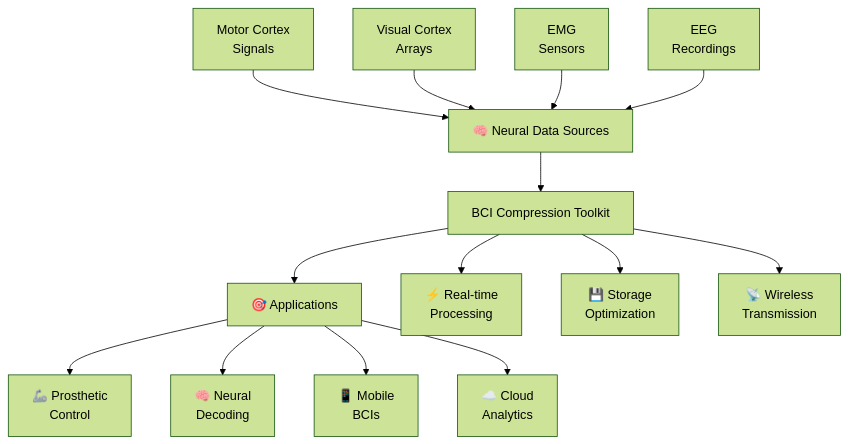
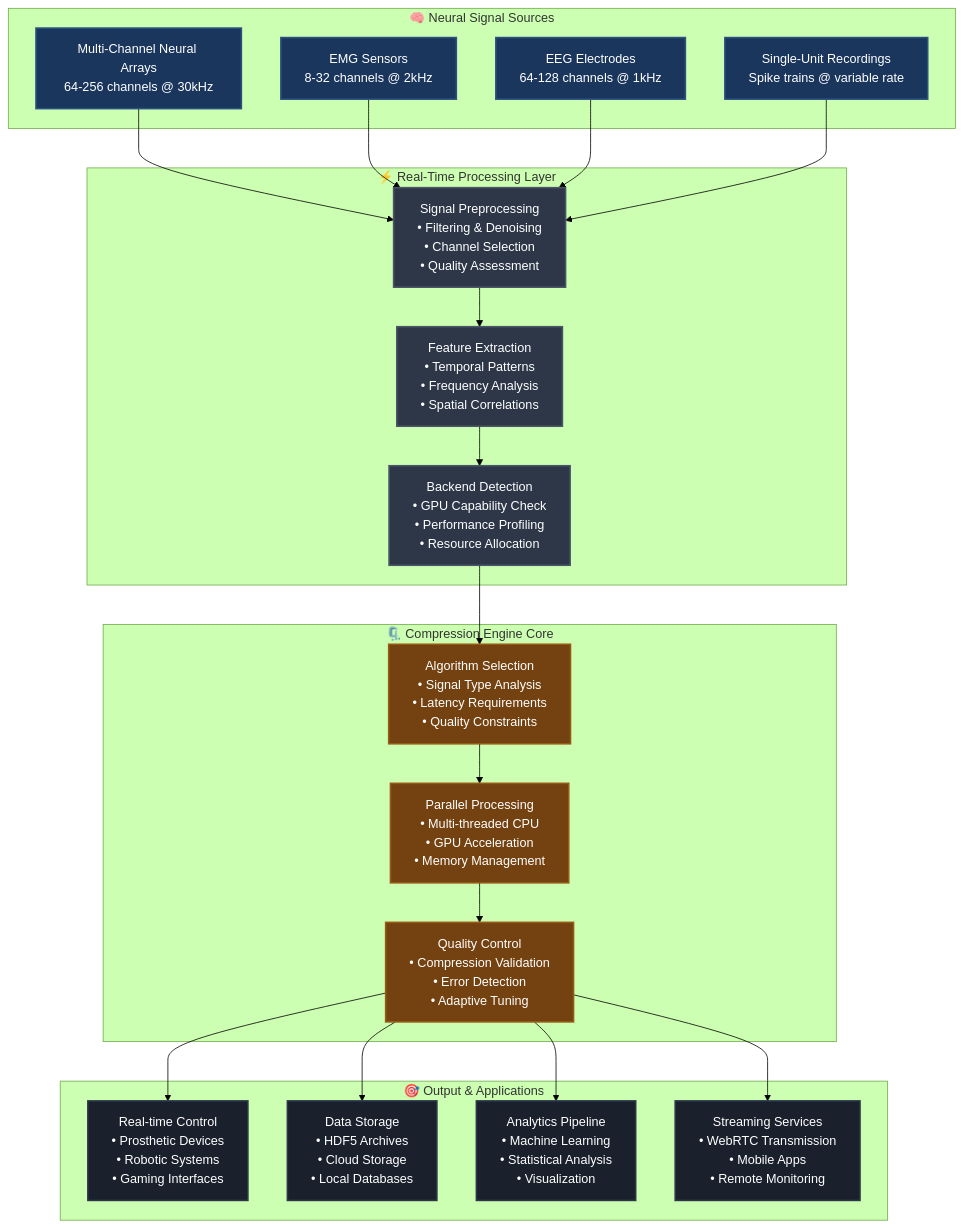
Before and after one commit to hkevin01/brain-computer-compression: the second of 12 diagrams in README.md, drawn with Mermaid (forest theme). The commit also changed other lines of this file and 73 other files, not shown here.

````diff
--- a/README.md
+++ b/README.md
@@ -32,19 +103,55 @@
 ```mermaid
-graph TD
-    A[🧠 Neural Data Sources] --> B[BCI Compression Toolkit]
-    B --> C[🎯 Applications]
+graph TB
+    subgraph "🧠 Neural Signal Sources"
+        N1[Multi-Channel Neural Arrays<br/>64-256 channels @ 30kHz]
+        N2[EMG Sensors<br/>8-32 channels @ 2kHz]
+        N3[EEG Electrodes<br/>64-128 channels @ 1kHz]
+        N4[Single-Unit Recordings<br/>Spike trains @ variable rate]
+    end
 
-    A1[Motor Cortex<br/>Signals] --> A
-    A2[Visual Cortex<br/>Arrays] --> A
-    A3[EMG<br/>Sensors] --> A
-    A4[EEG<br/>Recordings] --> A
+    subgraph "⚡ Real-Time Processing Layer"
+        P1[Signal Preprocessing<br/>• Filtering & Denoising<br/>• Channel Selection<br/>• Quality Assessment]
+        P2[Feature Extraction<br/>• Temporal Patterns<br/>• Frequency Analysis<br/>• Spatial Correlations]
+        P3[Backend Detection<br/>• GPU Capability Check<br/>• Performance Profiling<br/>• Resource Allocation]
+    end
 
-    B --> B1[⚡ Real-time<br/>Processing]
-    B --> B2[💾 Storage<br/>Optimization]
-    B --> B3[📡 Wireless<br/>Transmission]
+    subgraph "🗜️ Compression Engine Core"
+        C1[Algorithm Selection<br/>• Signal Type Analysis<br/>• Latency Requirements<br/>• Quality Constraints]
+        C2[Parallel Processing<br/>• Multi-threaded CPU<br/>• GPU Acceleration<br/>• Memory Management]
+        C3[Quality Control<br/>• Compression Validation<br/>• Error Detection<br/>• Adaptive Tuning]
+    end
 
-    C --> C1[🦾 Prosthetic<br/>Control]
-    C --> C2[🧠 Neural<br/>Decoding]
-    C --> C3[📱 Mobile<br/>BCIs]
-    C --> C4[☁️ Cloud<br/>Analytics]
+    subgraph "🎯 Output & Applications"
+        A1[Real-time Control<br/>• Prosthetic Devices<br/>• Robotic Systems<br/>• Gaming Interfaces]
+        A2[Data Storage<br/>• HDF5 Archives<br/>• Cloud Storage<br/>• Local Databases]
+        A3[Analytics Pipeline<br/>• Machine Learning<br/>• Statistical Analysis<br/>• Visualization]
+        A4[Streaming Services<br/>• WebRTC Transmission<br/>• Mobile Apps<br/>• Remote Monitoring]
+    end
+
+    N1 --> P1
+    N2 --> P1
+    N3 --> P1
+    N4 --> P1
+
+    P1 --> P2
+    P2 --> P3
+    P3 --> C1
+
+    C1 --> C2
+    C2 --> C3
+
+    C3 --> A1
+    C3 --> A2
+    C3 --> A3
+    C3 --> A4
+
+    classDef neuralsource fill:#1a365d,stroke:#2c5282,stroke-width:2px,color:#ffffff
+    classDef processing fill:#2d3748,stroke:#4a5568,stroke-width:2px,color:#ffffff
+    classDef compression fill:#744210,stroke:#975a16,stroke-width:2px,color:#ffffff
+    classDef output fill:#1a202c,stroke:#2d3748,stroke-width:2px,color:#ffffff
+    
+    class N1,N2,N3,N4 neuralsource
+    class P1,P2,P3 processing
+    class C1,C2,C3 compression
+    class A1,A2,A3,A4 output
 ```
````
